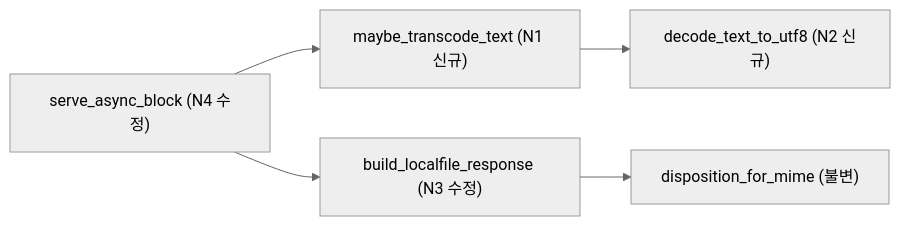
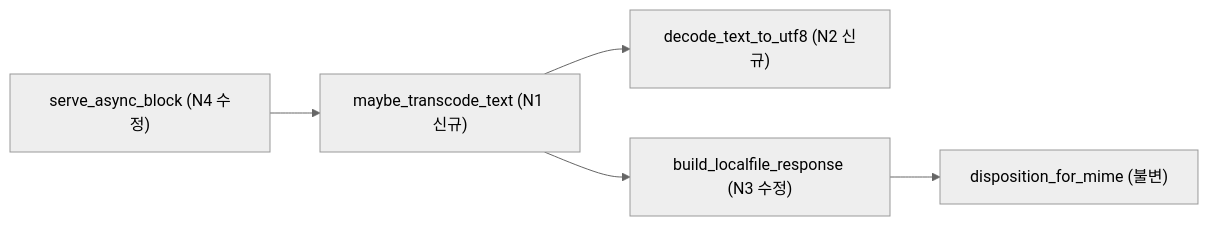
One commit to yes506/canvas-terminal changed the diagram in plan.mmd. Above: the diagram before and after it, drawn with Mermaid (neutral theme). The commit also changed 1 other file, not shown here.

Commit message:
refine(planner): fold round-3 review into browser-korean-text plan (mmd dataflow, validation cwd, zero-copy, non-Korean regression risk, docstring precondition)

```diff
--- a/plan.mmd
+++ b/plan.mmd
@@ -1,10 +1,10 @@
 graph LR
   serve_async_block__N4_수정_["serve_async_block (N4 수정)"]
   maybe_transcode_text__N1_신규_["maybe_transcode_text (N1 신규)"]
   decode_text_to_utf8__N2_신규_["decode_text_to_utf8 (N2 신규)"]
   build_localfile_response__N3_수정_["build_localfile_response (N3 수정)"]
   disposition_for_mime__불변_["disposition_for_mime (불변)"]
   serve_async_block__N4_수정_ --> maybe_transcode_text__N1_신규_
-  serve_async_block__N4_수정_ --> build_localfile_response__N3_수정_
   maybe_transcode_text__N1_신규_ --> decode_text_to_utf8__N2_신규_
+  maybe_transcode_text__N1_신규_ --> build_localfile_response__N3_수정_
   build_localfile_response__N3_수정_ --> disposition_for_mime__불변_
```
